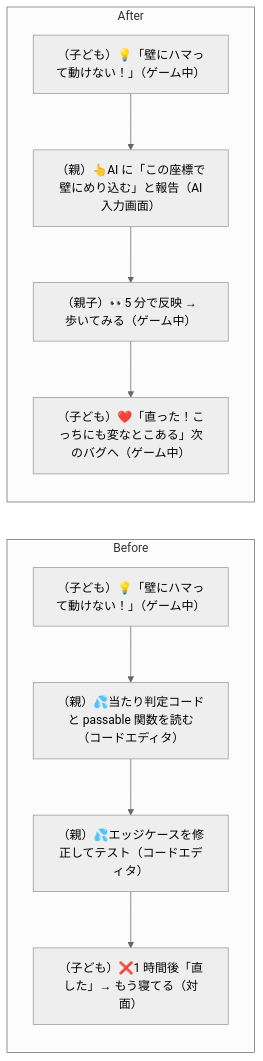
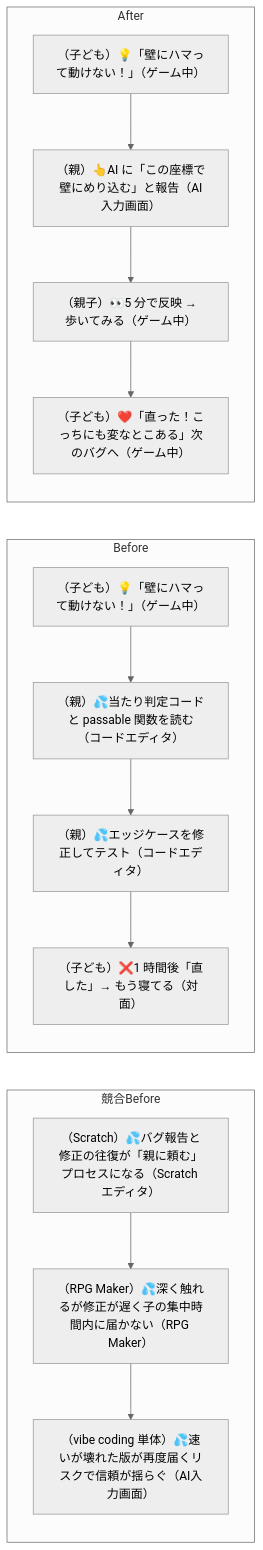
Diagram 13 of 42 in docs/customer-journeys.md (tatsuro-ueda/code-quest-pyxel), drawn with Mermaid (neutral theme) before and after one commit. The commit also changed other lines of this file, not shown here.

````diff
--- a/docs/customer-journeys.md
+++ b/docs/customer-journeys.md
@@ -421,15 +442,20 @@
 ```mermaid
 flowchart LR
+    subgraph Competitor["競合Before"]
+        C1[（Scratch）💦バグ報告と修正の往復が「親に頼む」プロセスになる（Scratch エディタ）]
+        C1 --> C2[（RPG Maker）💦深く触れるが修正が遅く子の集中時間内に届かない（RPG Maker）]
+        C2 --> C3[（vibe coding 単体）💦速いが壊れた版が再度届くリスクで信頼が揺らぐ（AI入力画面）]
+    end
     subgraph Before["Before"]
         B1[（子ども）💡「壁にハマって動けない！」（ゲーム中）]
         B1 --> B2[（親）💦当たり判定コードと passable 関数を読む（コードエディタ）]
         B2 --> B3[（親）💦エッジケースを修正してテスト（コードエディタ）]
         B3 --> B4[（子ども）❌1 時間後「直した」→ もう寝てる（対面）]
     end
     subgraph After["After"]
         A1[（子ども）💡「壁にハマって動けない！」（ゲーム中）]
         A1 --> A2[（親）👆AI に「この座標で壁にめり込む」と報告（AI入力画面）]
         A2 --> A3[（親子）👀5 分で反映 → 歩いてみる（ゲーム中）]
         A3 --> A4[（子ども）❤️「直った！こっちにも変なとこある」次のバグへ（ゲーム中）]
     end
 ```
````
